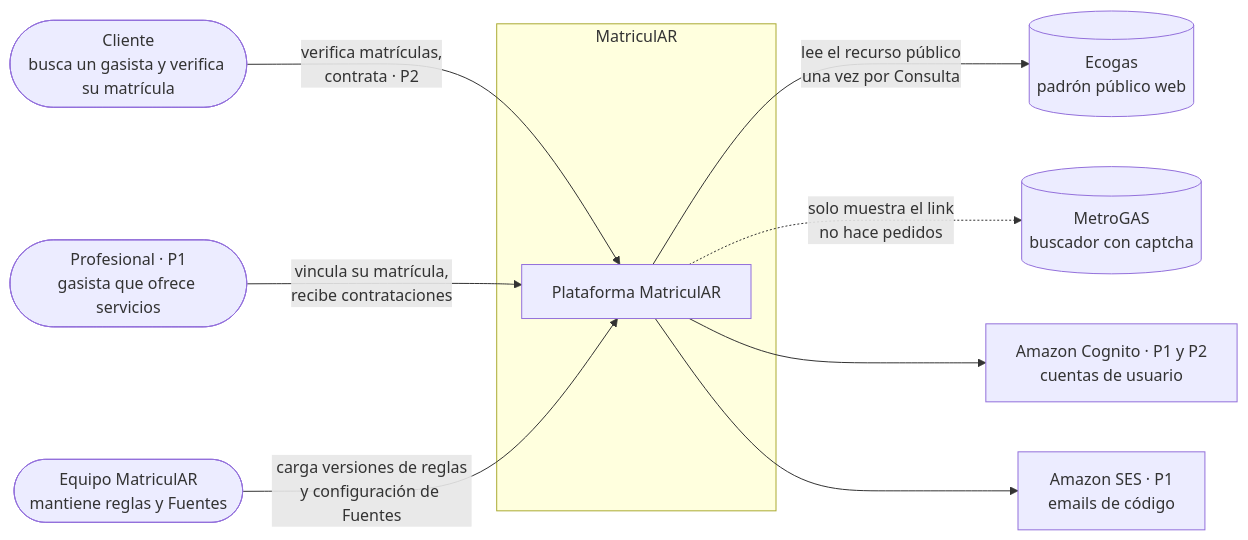
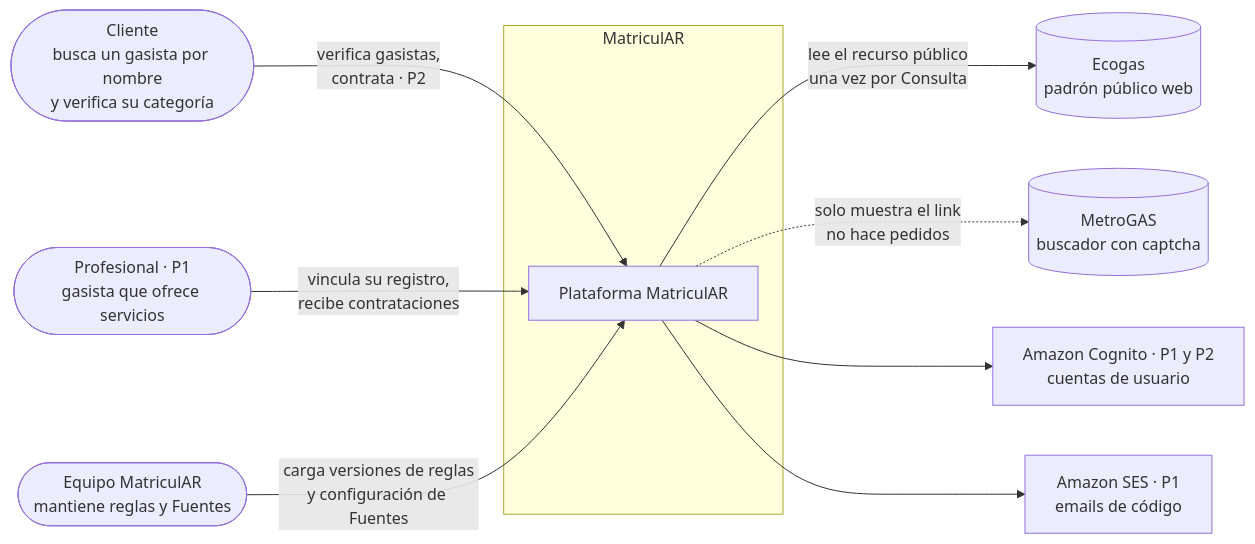
One commit to IvanDaniliuk01/MatriculAR changed the first of 3 diagrams in docs/arquitectura.md. Above: the diagram before and after it, drawn with Mermaid. The commit also changed other lines of this file and 62 other files, not shown here.

````diff
--- a/docs/arquitectura.md
+++ b/docs/arquitectura.md
@@ -48,23 +61,23 @@
 ```mermaid
 flowchart LR
-    cliente([Cliente<br/>busca un gasista y verifica su matrícula])
+    cliente([Cliente<br/>busca un gasista por nombre<br/>y verifica su categoría])
     profesional([Profesional · P1<br/>gasista que ofrece servicios])
     equipo([Equipo MatriculAR<br/>mantiene reglas y Fuentes])
 
     subgraph matricular [MatriculAR]
         sistema[Plataforma MatriculAR]
     end
 
     ecogas[(Ecogas<br/>padrón público web)]
     metrogas[(MetroGAS<br/>buscador con captcha)]
     cognito[Amazon Cognito · P1 y P2<br/>cuentas de usuario]
     ses[Amazon SES · P1<br/>emails de código]
 
-    cliente -->|verifica matrículas,<br/>contrata · P2| sistema
-    profesional -->|vincula su matrícula,<br/>recibe contrataciones| sistema
+    cliente -->|verifica gasistas,<br/>contrata · P2| sistema
+    profesional -->|vincula su registro,<br/>recibe contrataciones| sistema
     equipo -->|carga versiones de reglas<br/>y configuración de Fuentes| sistema
     sistema -->|lee el recurso público<br/>una vez por Consulta| ecogas
     sistema -.->|solo muestra el link<br/>no hace pedidos| metrogas
     sistema --> cognito
     sistema --> ses
 ```
````
